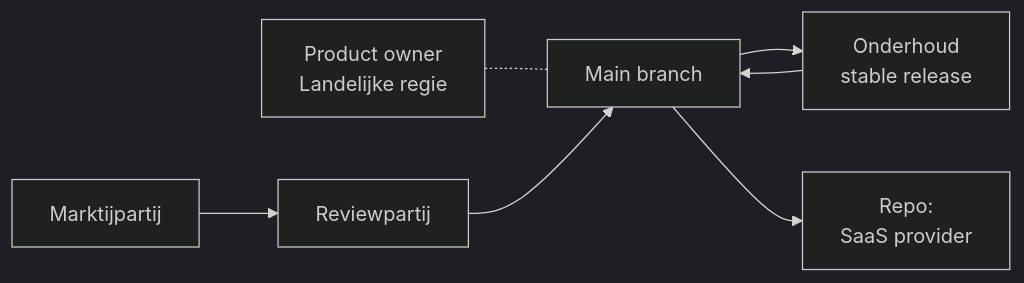
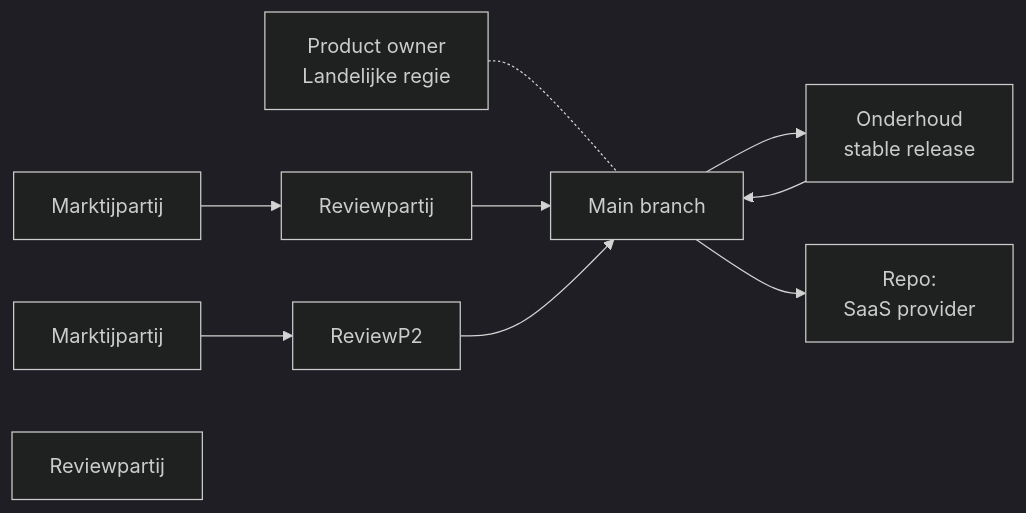
Before and after one commit to open-zaak/samenwerken: the third of 3 diagrams in stappen-openzaak/openzaak-ecosysteem.md, drawn with Mermaid (dark theme). The commit also changed other lines of this file, not shown here.

Commit message:
explicit final state

````diff
--- a/stappen-openzaak/openzaak-ecosysteem.md
+++ b/stappen-openzaak/openzaak-ecosysteem.md
@@ -54,18 +54,22 @@
 ```mermaid
 graph LR
     %% Nodes
     Dev1["Marktijpartij"]
-    ReviewP2["Reviewpartij"]
+    ReviewP1["Reviewpartij"]
+    Dev2["Marktijpartij"]
+    Review2["Reviewpartij"]
     Upstream["Main branch"]
     PO["Product owner<br/>Landelijke regie"]
     SaaS["Repo:<br/>SaaS provider"]
     Maint["Onderhoud<br/>stable release"]
 
     %% Connections
     PO -.- Upstream
-    Dev1 --> ReviewP2
+    Dev1 --> ReviewP1
+    ReviewP1 --> Upstream
+    Dev2 --> ReviewP2
     ReviewP2 --> Upstream
     Upstream --> Maint
     Maint --> Upstream
     Upstream --> SaaS
 ```
````
